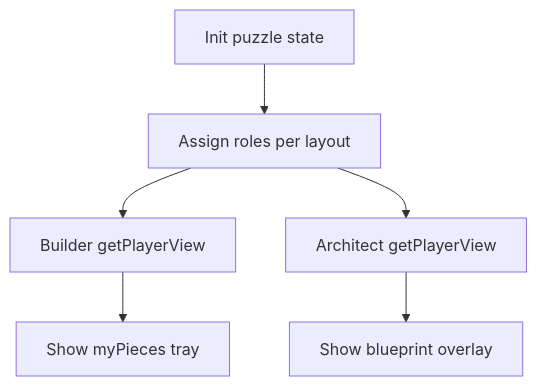
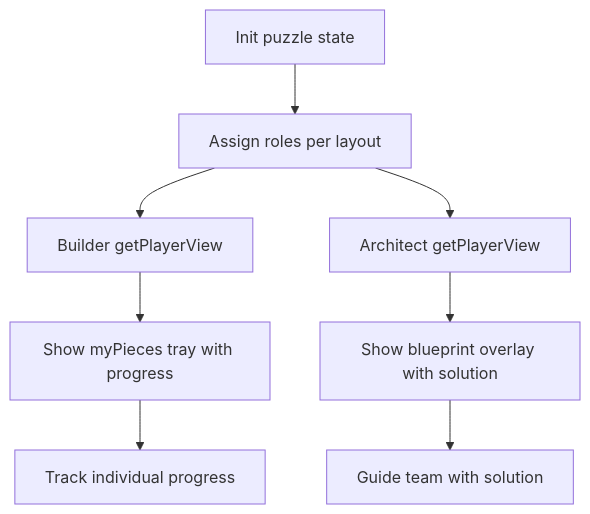
The sixth of 10 diagrams in .qoder/repowiki/en/content/Puzzle System/Collaborative Assembly Puzzle.md (dkoukoul/escape-room-mvp), drawn with Mermaid before and after one commit. The commit also changed other lines of this file and 21 other files, not shown here.

````diff
--- a/.qoder/repowiki/en/content/Puzzle System/Collaborative Assembly Puzzle.md
+++ b/.qoder/repowiki/en/content/Puzzle System/Collaborative Assembly Puzzle.md
@@ -266,8 +328,10 @@
 ```mermaid
 flowchart TD
 Init["Init puzzle state"] --> AssignRoles["Assign roles per layout"]
 AssignRoles --> BuildView["Builder getPlayerView"]
 AssignRoles --> ArchView["Architect getPlayerView"]
-BuildView --> ShowTray["Show myPieces tray"]
-ArchView --> ShowBlueprint["Show blueprint overlay"]
+BuildView --> ShowTray["Show myPieces tray with progress"]
+ArchView --> ShowBlueprint["Show blueprint overlay with solution"]
+ShowTray --> TrackProgress["Track individual progress"]
+ShowBlueprint --> GuideTeam["Guide team with solution"]
 ```
````
